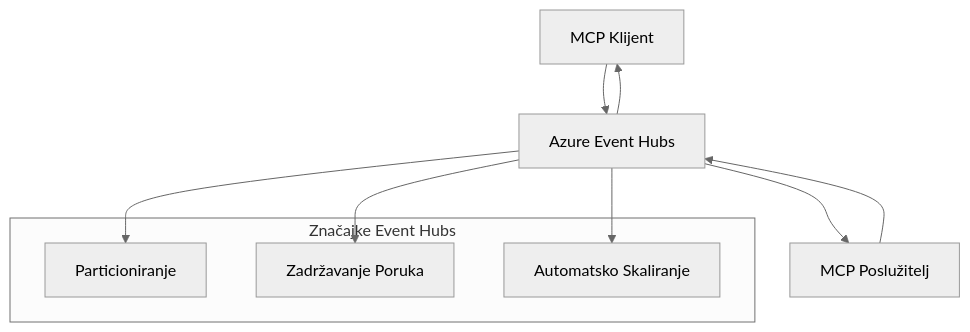
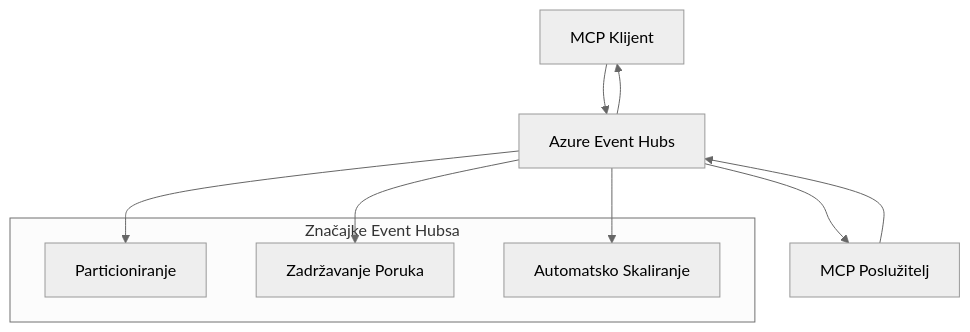
Before and after one commit to HIDORAKAI002/ai-workspace-archive: the second of 2 diagrams in mcp_ecosystem__model_context_protocol/mcp_learning_resources/mcp-for-beginners/translations/hr/05-AdvancedTopics/mcp-transport/README.md, drawn with Mermaid (neutral theme). The commit also changed other lines of this file and 1046 other files, not shown here.

````diff
--- a/mcp_ecosystem__model_context_protocol/mcp_learning_resources/mcp-for-beginners/translations/hr/05-AdvancedTopics/mcp-transport/README.md
+++ b/mcp_ecosystem__model_context_protocol/mcp_learning_resources/mcp-for-beginners/translations/hr/05-AdvancedTopics/mcp-transport/README.md
@@ -270,17 +272,17 @@
 ```mermaid
 graph TB
     Client[MCP Klijent] --> EH[Azure Event Hubs]
     EH --> Server[MCP Poslužitelj]
     Server --> EH
     EH --> Client
     
-    subgraph "Značajke Event Hubs"
+    subgraph "Značajke Event Hubsa"
         Partition[Particioniranje]
         Retention[Zadržavanje Poruka]
         Scaling[Automatsko Skaliranje]
     end
     
     EH --> Partition
     EH --> Retention
     EH --> Scaling
 ```
````
